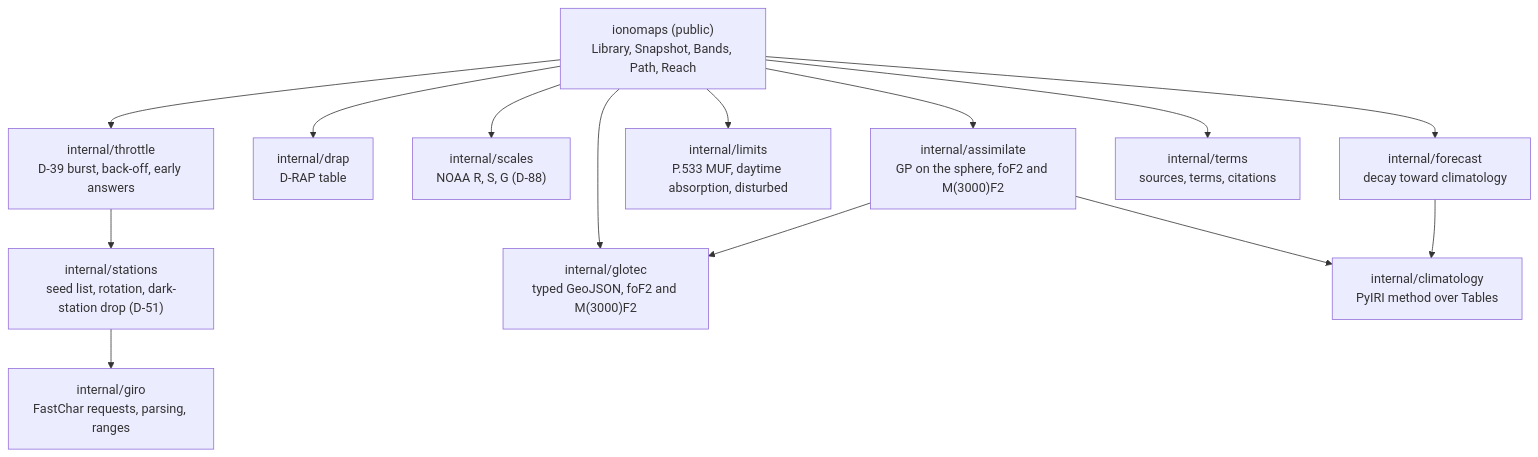
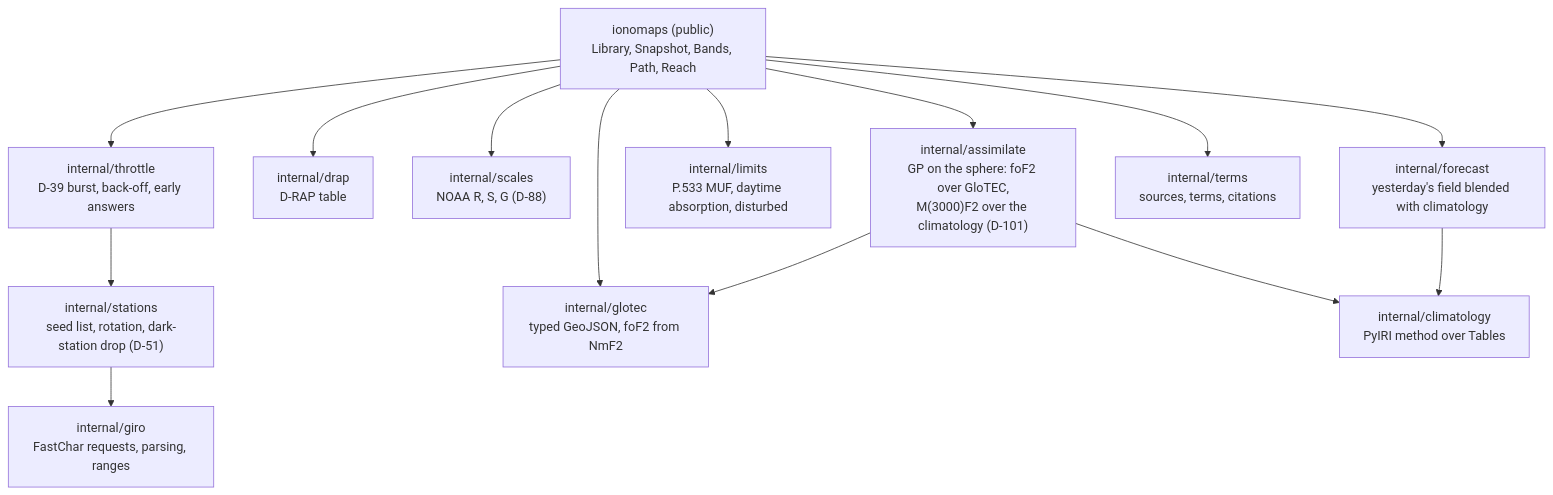
One commit to branden-thompson/go-giro-data changed the diagram in 06_docs/02_features/go-ionomaps/03-architecture-design/design.md. Above: the diagram before and after it, drawn with Mermaid. The commit also changed other lines of this file and 5 other files, not shown here.

Commit message:
PLAN: D-31, D-32 restate watchpost D-101 (the hybrid current hour) and D-103 (hours ahead: yesterday and climatology, each with its typical error); R-1.3, R-9.2, R-9.3, the design, G4, G8 and NOTICE follow; week.py scores skill by lead

````diff
--- a/06_docs/02_features/go-ionomaps/03-architecture-design/design.md
+++ b/06_docs/02_features/go-ionomaps/03-architecture-design/design.md
@@ -19,25 +19,25 @@
 ```mermaid
 flowchart TB
   API["ionomaps (public)<br/>Library, Snapshot, Bands, Path, Reach"]
   THR["internal/throttle<br/>D-39 burst, back-off, early answers"]
   ST["internal/stations<br/>seed list, rotation, dark-station drop (D-51)"]
   GIRO["internal/giro<br/>FastChar requests, parsing, ranges"]
-  GT["internal/glotec<br/>typed GeoJSON, foF2 and M(3000)F2"]
+  GT["internal/glotec<br/>typed GeoJSON, foF2 from NmF2"]
   DR["internal/drap<br/>D-RAP table"]
   SC["internal/scales<br/>NOAA R, S, G (D-88)"]
   CL["internal/climatology<br/>PyIRI method over Tables"]
-  AS["internal/assimilate<br/>GP on the sphere, foF2 and M(3000)F2"]
+  AS["internal/assimilate<br/>GP on the sphere: foF2 over GloTEC,<br/>M(3000)F2 over the climatology (D-101)"]
   LIM["internal/limits<br/>P.533 MUF, daytime absorption, disturbed"]
-  FC["internal/forecast<br/>decay toward climatology"]
+  FC["internal/forecast<br/>yesterday's field blended with climatology"]
   TM["internal/terms<br/>sources, terms, citations"]
   API --> THR --> ST --> GIRO
   API --> GT
   API --> DR
   API --> SC
   API --> AS
   AS --> GT
   AS --> CL
   API --> LIM
   API --> FC --> CL
   API --> TM
 ```
````
